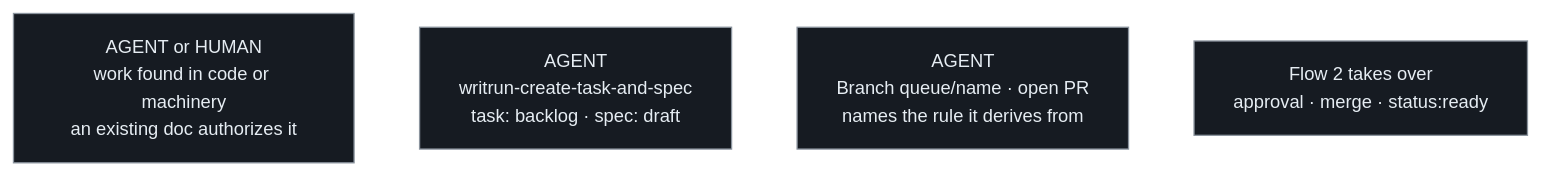
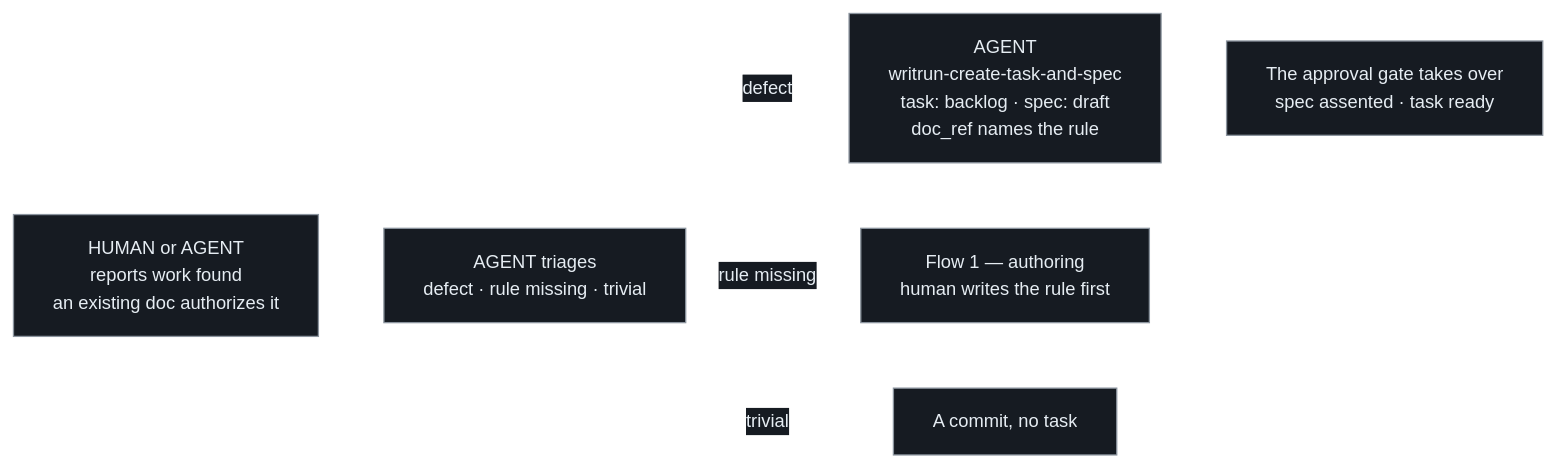
One commit to thomasfranke/writrun changed the second of 2 diagrams in docs/product/stage-1-tasks-and-specs/authoring.md. Above: the diagram before and after it, drawn with Mermaid. The commit also changed other lines of this file and 28 other files, not shown here.

````diff
--- a/docs/product/stage-1-tasks-and-specs/authoring.md
+++ b/docs/product/stage-1-tasks-and-specs/authoring.md
@@ -107,9 +122,11 @@
 ```mermaid
 %%{init: {'theme':'base','themeVariables':{'background':'#0d1117','primaryColor':'#161b22','primaryTextColor':'#e6edf3','primaryBorderColor':'#8b949e','lineColor':'#ffffff','secondaryColor':'#161b22','tertiaryColor':'#161b22','fontSize':'14px'}}}%%
 flowchart LR
-    A["AGENT or HUMAN<br/>work found in code or machinery<br/>an existing doc authorizes it"]
-    B["AGENT<br/>writrun-create-task-and-spec<br/>task: backlog · spec: draft"]
-    C["AGENT<br/>Branch queue/name · open PR<br/>names the rule it derives from"]
-    D["Flow 2 takes over<br/>approval · merge · status:ready"]
-    A --> B --> C --> D
+    A["HUMAN or AGENT<br/>reports work found<br/>an existing doc authorizes it"]
+    B["AGENT triages<br/>defect · rule missing · trivial"]
+    C["AGENT<br/>writrun-create-task-and-spec<br/>task: backlog · spec: draft<br/>doc_ref names the rule"]
+    D["The approval gate takes over<br/>spec assented · task ready"]
+    A --> B -->|"defect"| C --> D
+    B -->|"rule missing"| E["Flow 1 — authoring<br/>human writes the rule first"]
+    B -->|"trivial"| F["A commit, no task"]
 ```
````
